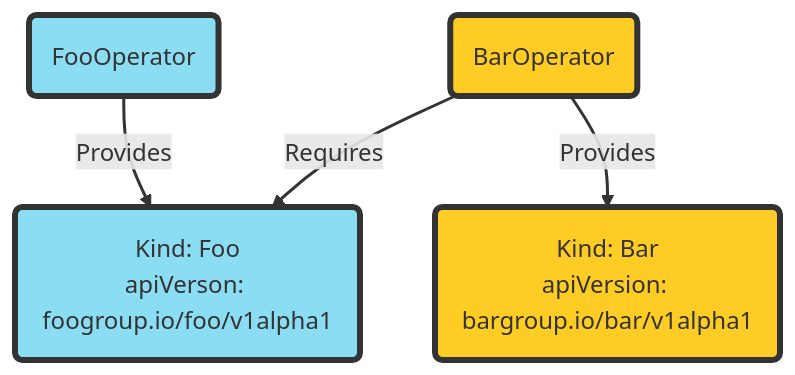
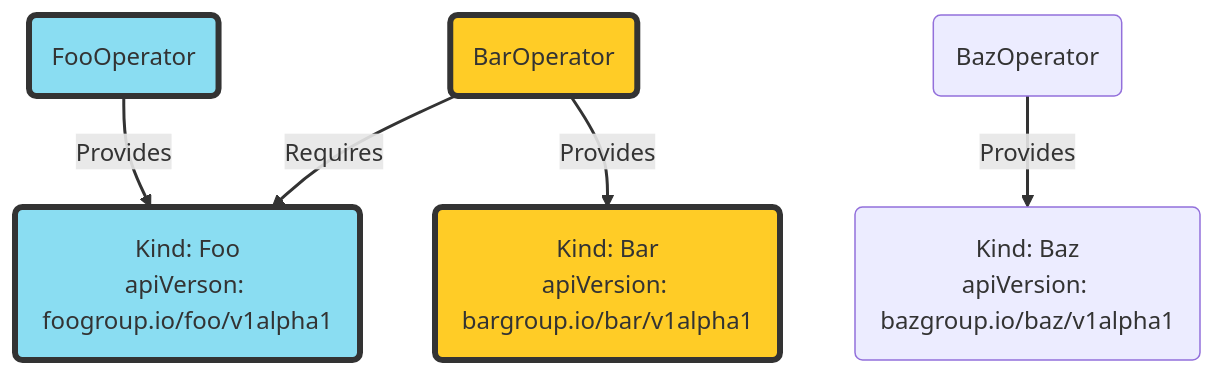
The first of 5 diagrams in content/en/docs/Concepts/olm-architecture/dependency-resolution.md (operator-framework/olm-docs), drawn with Mermaid before and after one commit. The commit also changed other lines of this file, not shown here.

```diff
--- a/content/en/docs/Concepts/olm-architecture/dependency-resolution.md
+++ b/content/en/docs/Concepts/olm-architecture/dependency-resolution.md
@@ -12,15 +12,16 @@
 {{<mermaid>}}
 graph TD;
     e(FooOperator) --> |Provides|ec(Kind: Foo<br/>apiVerson: foogroup.io/foo/v1alpha1);
-    v(BarOperator)--> |Provides|vs(Kind: Bar<br/>apiVersion: bargroup.io/bar/v1alpha1);
+    v(BarOperator) --> |Provides|vs(Kind: Bar<br/>apiVersion: bargroup.io/bar/v1alpha1);
+    s(BazOperator) --> |Provides|ss(Kind: Baz<br />apiVersion: bazgroup.io/baz/v1alpha1)
     v--> |Requires|ec;
     
     classDef foo fill:#8addf2,stroke:#333,stroke-width:4px;
     classDef bar fill:#ffcc26,stroke:#333,stroke-width:4px;
     classDef baz fill:#ff7452,stroke:#333,stroke-width:4px;
 
     class e,ec foo;
     class v,vs bar;
     
     linkStyle default fill:none,stroke-width:2px;
 {{</mermaid>}}
```
